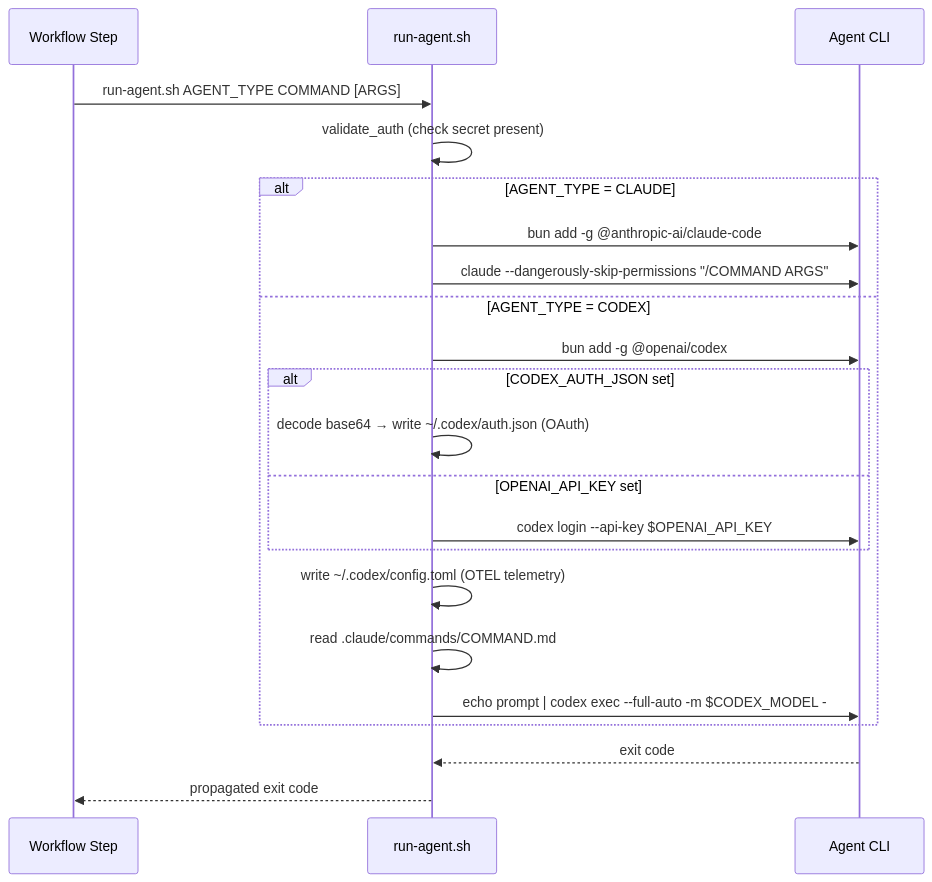
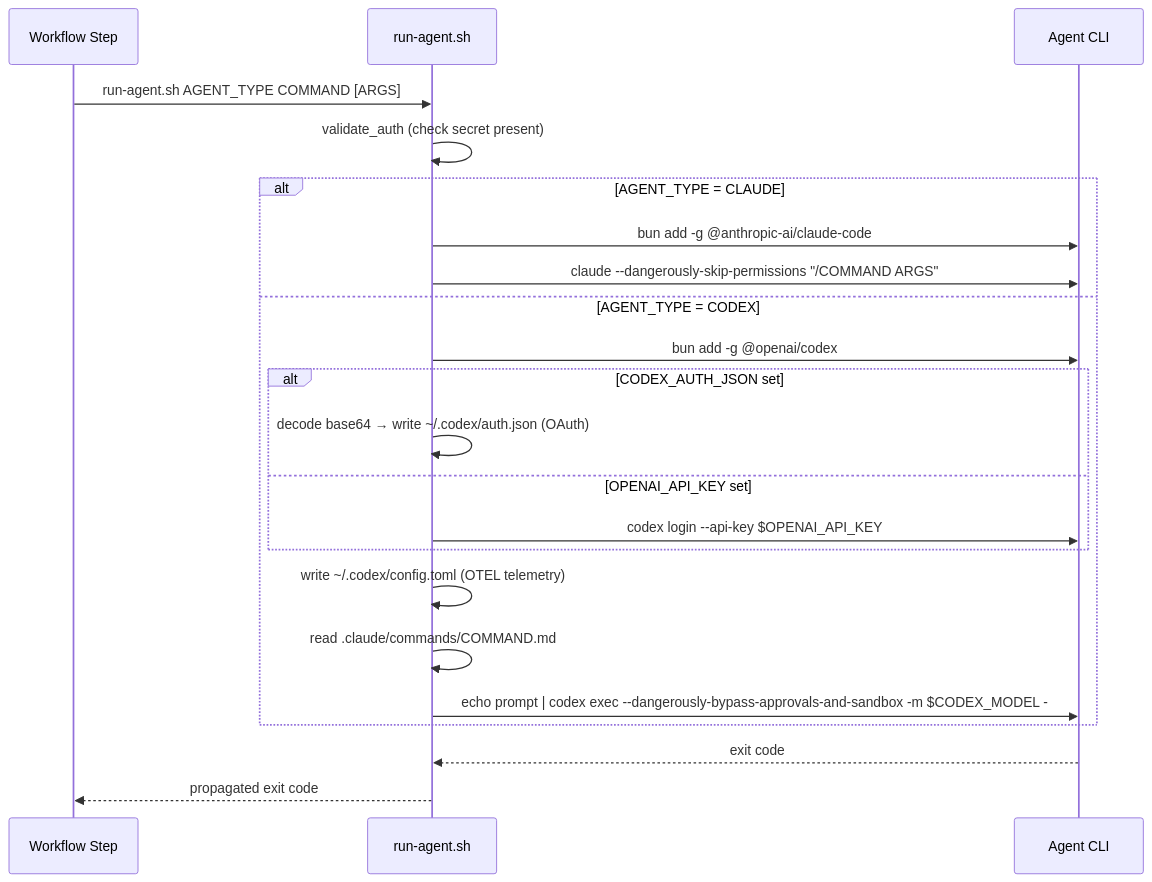
Before and after one commit to bfernandez31/ai-board: the second of 5 diagrams in specs/specifications/technical/implementation/integrations.md, drawn with Mermaid. The commit also changed 1 other file, not shown here.

Commit message:
fix: replace codex --full-auto with --dangerously-bypass-approvals-and-sandbox
The --full-auto flag activates bubblewrap (bwrap) sandboxing which
requires CAP_NET_ADMIN for network namespace creation. GitHub Actions
runners lack this capability, causing "bwrap: loopback: Failed
RTM_NEWADDR: Operation not permitted" errors. Since GH Actions runners
are already externally sandboxed, bypass the internal sandbox entirely.

````diff
--- a/specs/specifications/technical/implementation/integrations.md
+++ b/specs/specifications/technical/implementation/integrations.md
@@ -378,25 +378,25 @@
 ```mermaid
 sequenceDiagram
     participant WF as Workflow Step
     participant RS as run-agent.sh
     participant CLI as Agent CLI
 
     WF->>RS: run-agent.sh AGENT_TYPE COMMAND [ARGS]
     RS->>RS: validate_auth (check secret present)
     alt AGENT_TYPE = CLAUDE
         RS->>CLI: bun add -g @anthropic-ai/claude-code
         RS->>CLI: claude --dangerously-skip-permissions "/COMMAND ARGS"
     else AGENT_TYPE = CODEX
         RS->>CLI: bun add -g @openai/codex
         alt CODEX_AUTH_JSON set
             RS->>RS: decode base64 → write ~/.codex/auth.json (OAuth)
         else OPENAI_API_KEY set
             RS->>CLI: codex login --api-key $OPENAI_API_KEY
         end
         RS->>RS: write ~/.codex/config.toml (OTEL telemetry)
         RS->>RS: read .claude/commands/COMMAND.md
-        RS->>CLI: echo prompt | codex exec --full-auto -m $CODEX_MODEL -
+        RS->>CLI: echo prompt | codex exec --dangerously-bypass-approvals-and-sandbox -m $CODEX_MODEL -
     end
     CLI-->>RS: exit code
     RS-->>WF: propagated exit code
 ```
````
